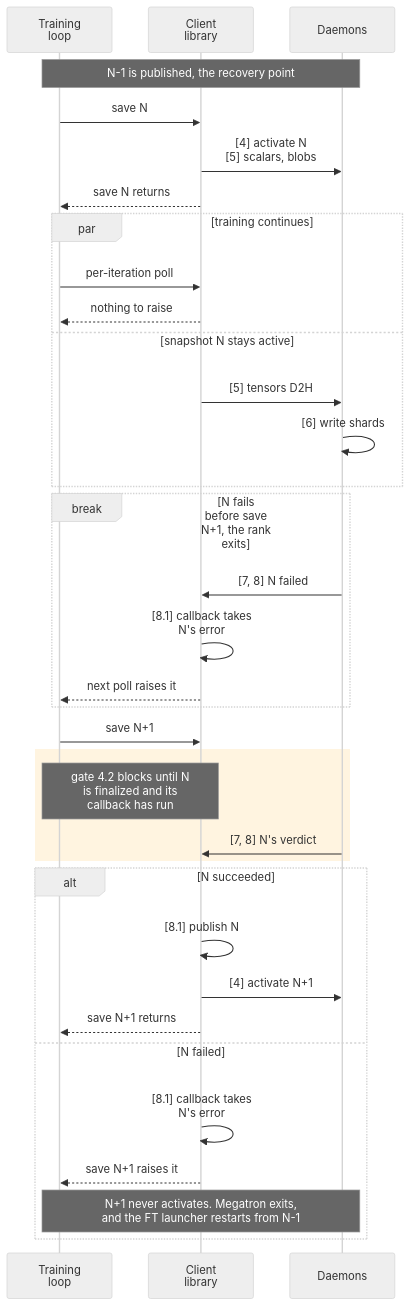
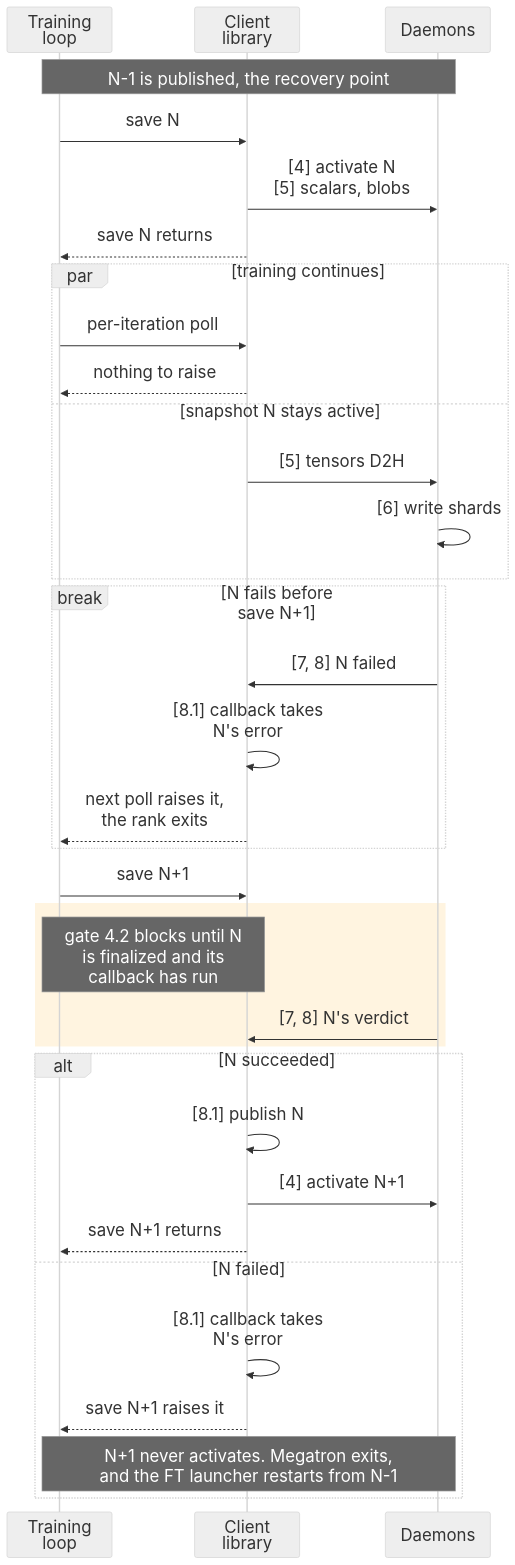
The third of 5 diagrams in docs/Design.md (ankurv-nvidia/nvrx_checkpointing), drawn with Mermaid (neutral theme) before and after one commit. The commit also changed other lines of this file, not shown here.

````diff
--- a/docs/Design.md
+++ b/docs/Design.md
@@ -376,38 +375,38 @@
 ```mermaid
-%%{init: {"sequence": {"actorFontSize": 28, "messageFontSize": 28, "noteFontSize": 28, "labelBoxWidth": 100, "labelBoxHeight": 40}}}%%
+%%{init: {"fontSize": 24, "sequence": {"labelBoxWidth": 80, "labelBoxHeight": 34}}}%%
 sequenceDiagram
     participant TL as Training<br/>loop
     participant CL as Client<br/>library
     participant D as Daemons
 
     Note over TL,D: N-1 is published, the recovery point
     TL->>CL: save N
     CL->>D: [4] activate N<br/>[5] scalars, blobs
     CL-->>TL: save N returns
     par training continues
         TL->>CL: per-iteration poll
         CL-->>TL: nothing to raise
     and snapshot N stays active
         CL->>D: [5] tensors D2H
         D->>D: [6] write shards
     end
-    break N fails before save N+1, the rank exits
+    break N fails before save N+1
         D->>CL: [7, 8] N failed
         CL->>CL: [8.1] callback takes<br/>N's error
-        CL-->>TL: next poll raises it
+        CL-->>TL: next poll raises it,<br/>the rank exits
     end
     TL->>CL: save N+1
     rect rgba(255,165,0,0.12)
         Note over TL,CL: gate 4.2 blocks until N<br/>is finalized and its<br/>callback has run
         D->>CL: [7, 8] N's verdict
     end
     alt N succeeded
         CL->>CL: [8.1] publish N
         CL->>D: [4] activate N+1
         CL-->>TL: save N+1 returns
     else N failed
         CL->>CL: [8.1] callback takes<br/>N's error
         CL-->>TL: save N+1 raises it
         Note over TL,D: N+1 never activates. Megatron exits,<br/>and the FT launcher restarts from N-1
     end
 ```
````
